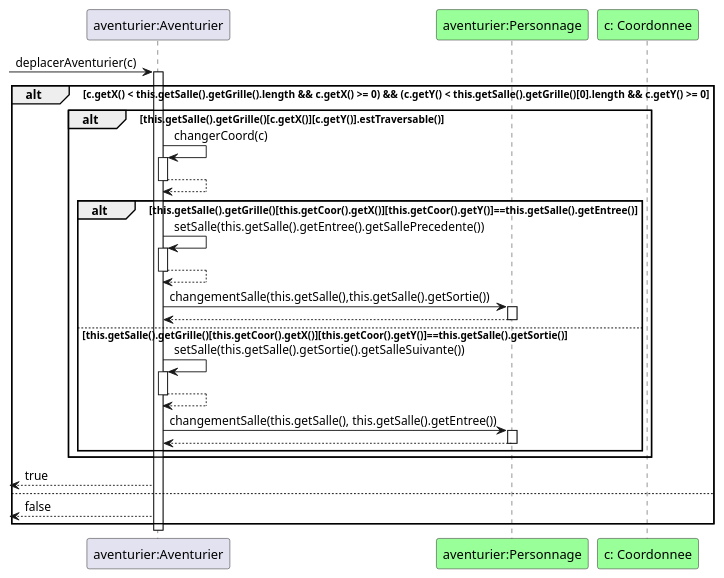
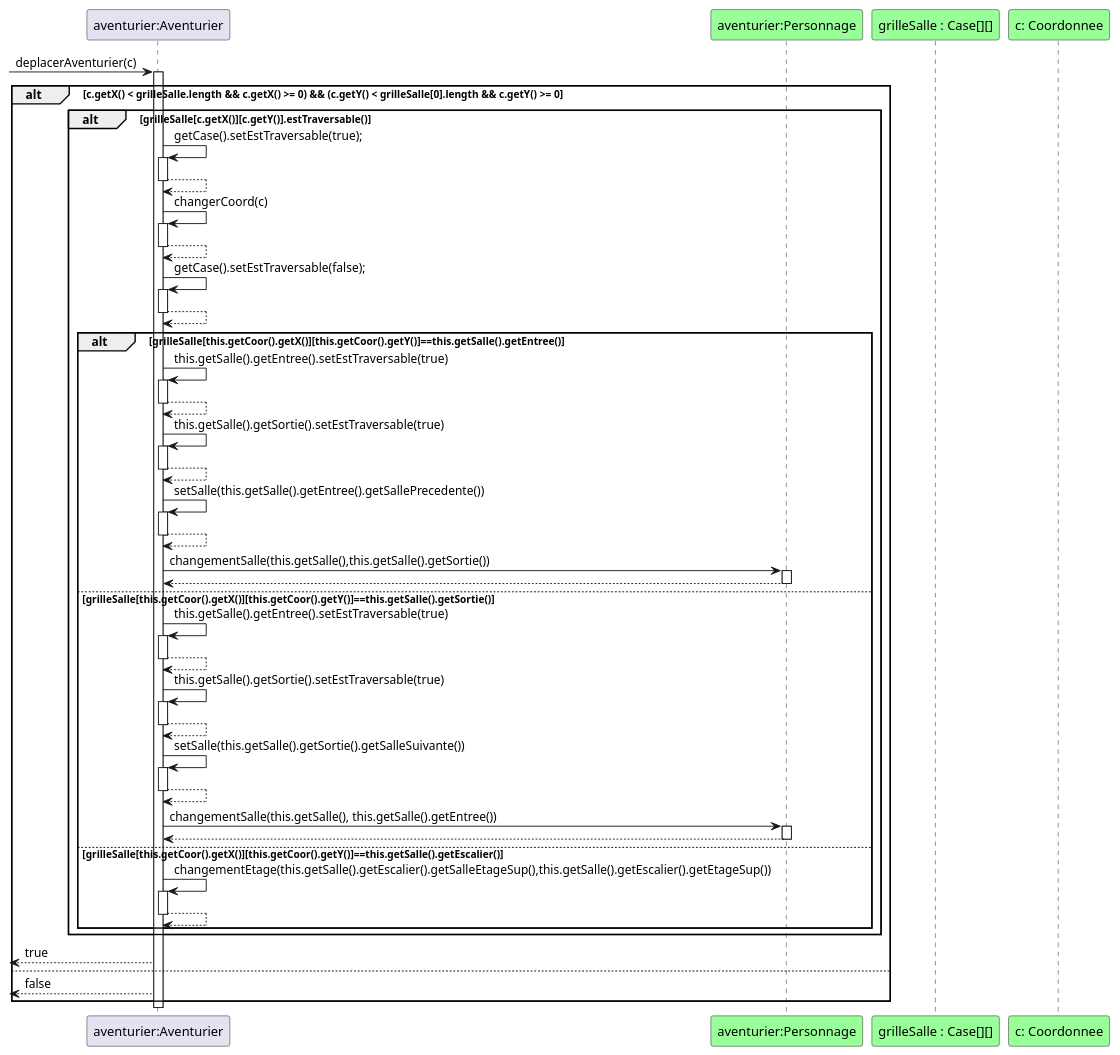
Before and after one commit to GeoffroyMuller/2018_COO_Zeldiablo: the diagram in projet_zeldiablo/sequence_aventurier_deplacerAventurierv3.puml, drawn with PlantUML. The commit also changed 10 other files, not shown here.

Commit message:
Modif de diagramme sequence et refactoring Aventurier

```diff
--- a/projet_zeldiablo/sequence_aventurier_deplacerAventurierv3.puml
+++ b/projet_zeldiablo/sequence_aventurier_deplacerAventurierv3.puml
@@ -1,50 +1,86 @@
 @startuml
 
 Participant "aventurier:Aventurier" as aven
 Participant "aventurier:Personnage" as paven #99FF99
+Participant "grilleSalle : Case[][]" as grille #99FF99
 Participant "c: Coordonnee" as cParam #99FF99
 
 ->aven : deplacerAventurier(c)
 activate aven
 
 
-alt c.getX() < this.getSalle().getGrille().length && c.getX() >= 0) && (c.getY() < this.getSalle().getGrille()[0].length && c.getY() >= 0
+alt c.getX() < grilleSalle.length && c.getX() >= 0) && (c.getY() < grilleSalle[0].length && c.getY() >= 0
 
-alt this.getSalle().getGrille()[c.getX()][c.getY()].estTraversable()
+alt grilleSalle[c.getX()][c.getY()].estTraversable()
 
+aven->aven : getCase().setEstTraversable(true);
+activate aven
+aven-->aven
+deactivate aven
 aven->aven : changerCoord(c)
 activate aven
 aven-->aven
 deactivate aven
+aven->aven : getCase().setEstTraversable(false);
+activate aven
+aven-->aven
+deactivate aven
 
-alt this.getSalle().getGrille()[this.getCoor().getX()][this.getCoor().getY()]==this.getSalle().getEntree()
+alt grilleSalle[this.getCoor().getX()][this.getCoor().getY()]==this.getSalle().getEntree()
+
+aven->aven : this.getSalle().getEntree().setEstTraversable(true)
+activate aven
+aven-->aven
+deactivate aven
+
+aven->aven : this.getSalle().getSortie().setEstTraversable(true)
+activate aven
+aven-->aven
+deactivate aven
+
 
 aven->aven : setSalle(this.getSalle().getEntree().getSallePrecedente())
 activate aven
 aven-->aven
 deactivate aven
 aven->paven : changementSalle(this.getSalle(),this.getSalle().getSortie())
 activate paven
 paven-->aven
 deactivate paven
 
-else this.getSalle().getGrille()[this.getCoor().getX()][this.getCoor().getY()]==this.getSalle().getSortie()
+else grilleSalle[this.getCoor().getX()][this.getCoor().getY()]==this.getSalle().getSortie()
+
+aven->aven : this.getSalle().getEntree().setEstTraversable(true)
+activate aven
+aven-->aven
+deactivate aven
+
+aven->aven : this.getSalle().getSortie().setEstTraversable(true)
+activate aven
+aven-->aven
+deactivate aven
 
 aven->aven : setSalle(this.getSalle().getSortie().getSalleSuivante())
 activate aven
 aven-->aven
 deactivate aven
 aven->paven : changementSalle(this.getSalle(), this.getSalle().getEntree())
 activate paven
 paven-->aven
 deactivate paven
 
+else grilleSalle[this.getCoor().getX()][this.getCoor().getY()]==this.getSalle().getEscalier()
+aven->aven : changementEtage(this.getSalle().getEscalier().getSalleEtageSup(),this.getSalle().getEscalier().getEtageSup())
+activate aven
+aven-->aven
+deactivate aven
+
 end
 end
 <--aven : true
 else
 <--aven : false
 end
 deactivate aven
 
 @enduml
```
